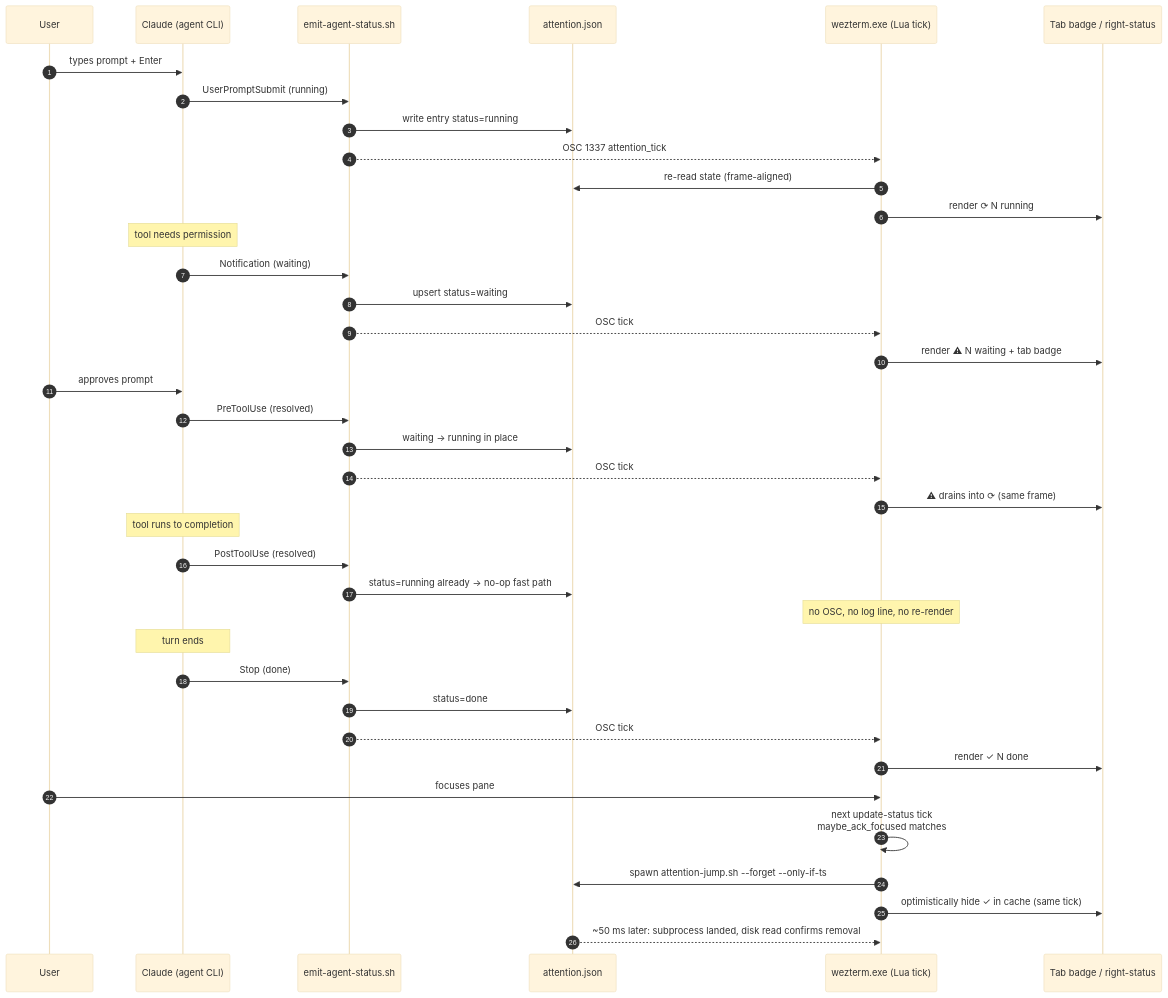
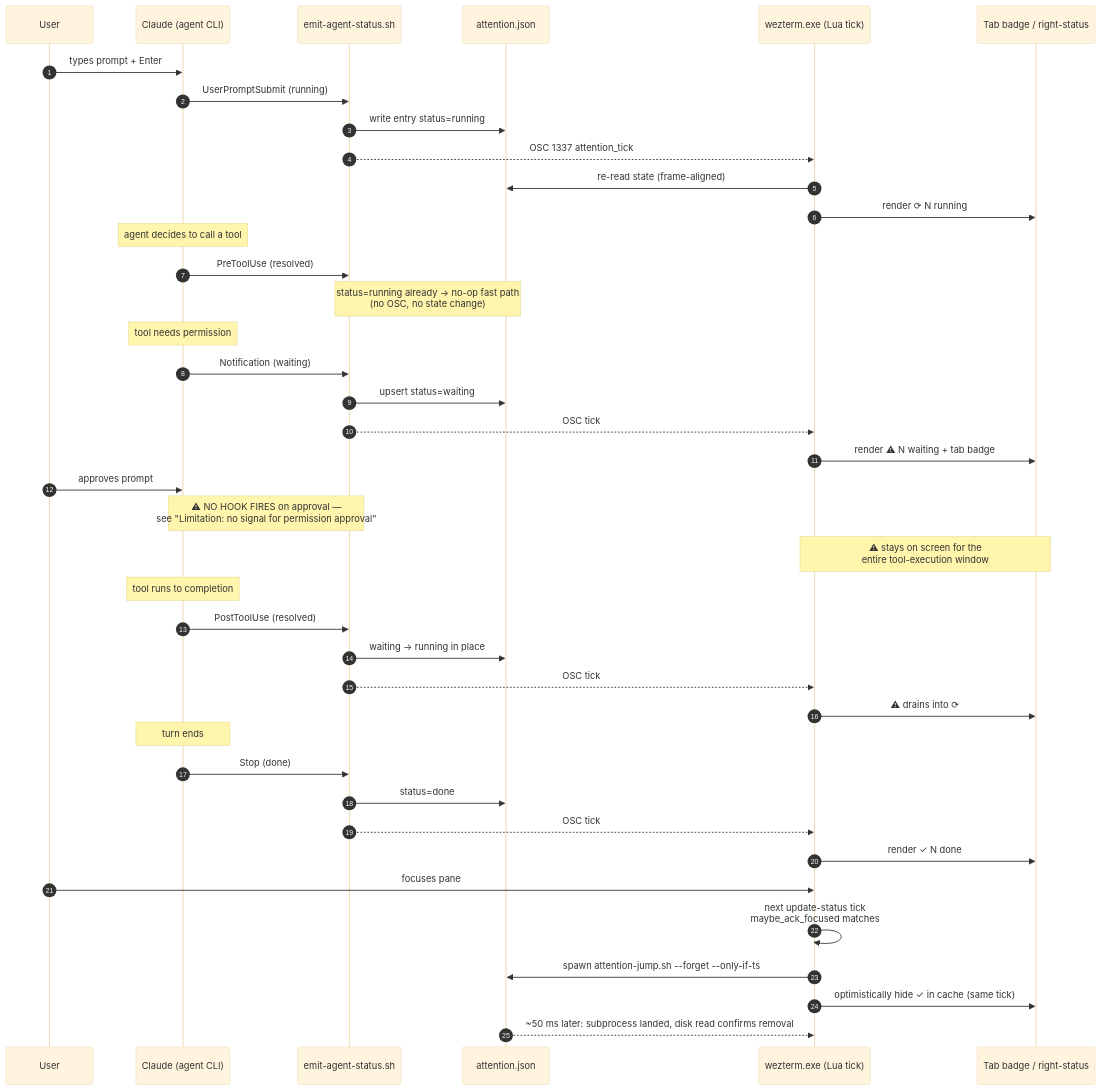
The first of 3 diagrams in docs/agent-attention.md (yunsii/wezdeck), drawn with Mermaid (base theme) before and after one commit. The commit also changed other lines of this file and 11 other files, not shown here.

````diff
--- a/docs/agent-attention.md
+++ b/docs/agent-attention.md
@@ -165,46 +167,49 @@
 ```mermaid
 sequenceDiagram
   autonumber
   participant U as User
   participant C as Claude (agent CLI)
   participant H as emit-agent-status.sh
   participant J as attention.json
   participant W as wezterm.exe (Lua tick)
   participant B as Tab badge / right-status
 
   U->>C: types prompt + Enter
   C->>H: UserPromptSubmit  (running)
   H->>J: write entry status=running
   H-->>W: OSC 1337 attention_tick
   W->>J: re-read state (frame-aligned)
   W->>B: render ⟳ N running
 
+  Note over C: agent decides to call a tool
+  C->>H: PreToolUse  (resolved)
+  Note over H,J: status=running already → no-op fast path<br/>(no OSC, no state change)
+
   Note over C: tool needs permission
   C->>H: Notification  (waiting)
   H->>J: upsert status=waiting
   H-->>W: OSC tick
   W->>B: render ⚠ N waiting + tab badge
 
   U->>C: approves prompt
-  C->>H: PreToolUse  (resolved)
-  H->>J: waiting → running in place
-  H-->>W: OSC tick
-  W->>B: ⚠ drains into ⟳ (same frame)
+  Note over C,H: ⚠ NO HOOK FIRES on approval —<br/>see "Limitation: no signal for permission approval"
+  Note over W,B: ⚠ stays on screen for the<br/>entire tool-execution window
 
   Note over C: tool runs to completion
   C->>H: PostToolUse  (resolved)
-  H->>J: status=running already → no-op fast path
-  Note over W: no OSC, no log line, no re-render
+  H->>J: waiting → running in place
+  H-->>W: OSC tick
+  W->>B: ⚠ drains into ⟳
 
   Note over C: turn ends
   C->>H: Stop  (done)
   H->>J: status=done
   H-->>W: OSC tick
   W->>B: render ✓ N done
 
   U->>W: focuses pane
   W->>W: next update-status tick<br/>maybe_ack_focused matches
   W->>J: spawn attention-jump.sh --forget --only-if-ts
   W->>B: optimistically hide ✓ in cache (same tick)
   J-->>W: ~50 ms later: subprocess landed, disk read confirms removal
 ```
````
